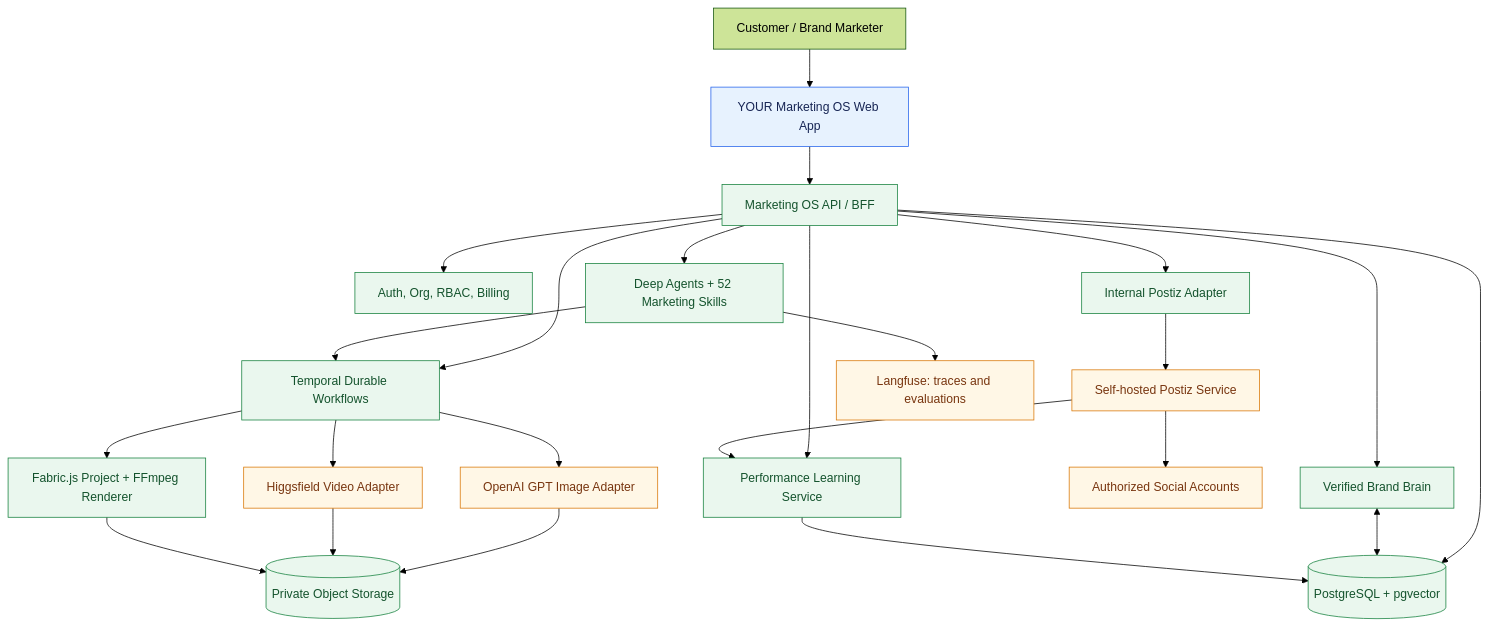
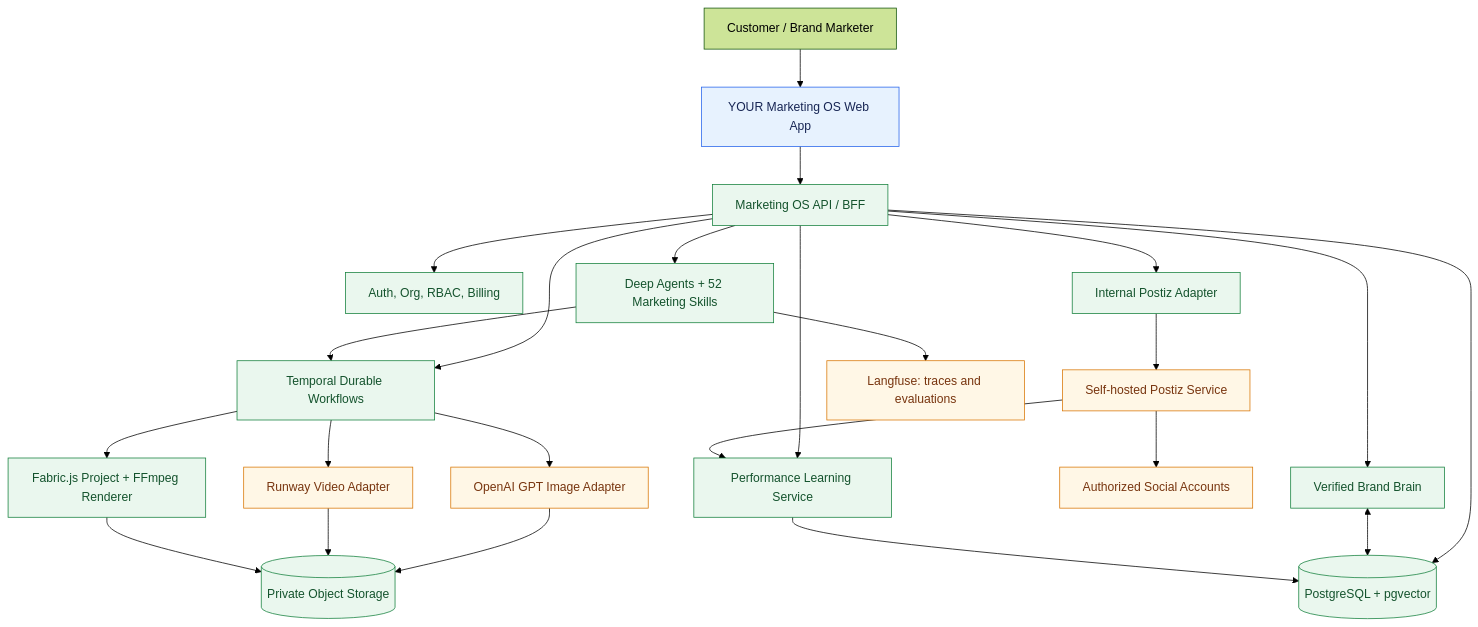
The first of 13 diagrams in ARCHITECTURE.md (fxunlockdev/Marketingdev), drawn with Mermaid (forest theme) before and after one commit. The commit also changed other lines of this file and 33 other files, not shown here.

````diff
--- a/ARCHITECTURE.md
+++ b/ARCHITECTURE.md
@@ -26,31 +26,31 @@
 ```mermaid
 flowchart TB
   user[Customer / Brand Marketer] --> ui[YOUR Marketing OS Web App]
   ui --> api[Marketing OS API / BFF]
   api --> auth[Auth, Org, RBAC, Billing]
   api --> brand[Verified Brand Brain]
   api --> agent[Deep Agents + 52 Marketing Skills]
   api --> job[Temporal Durable Workflows]
   agent --> job
   job --> img[OpenAI GPT Image Adapter]
-  job --> vid[Higgsfield Video Adapter]
+  job --> vid[Runway Video Adapter]
   job --> render[Fabric.js Project + FFmpeg Renderer]
   api --> pub[Internal Postiz Adapter]
   pub --> postiz[Self-hosted Postiz Service]
   postiz --> social[Authorized Social Accounts]
   img --> store[(Private Object Storage)]
   vid --> store
   render --> store
   api --> data[(PostgreSQL + pgvector)]
   brand <--> data
   api --> learn[Performance Learning Service]
   learn --> data
   postiz --> learn
   agent --> eval[Langfuse: traces and evaluations]
   classDef customer fill:#e7f2fe,stroke:#2563eb,color:#172554;
   classDef owned fill:#eaf7ee,stroke:#15803d,color:#14532d;
   classDef external fill:#fff7e6,stroke:#d97706,color:#78350f;
   class ui customer;
   class api,auth,brand,agent,job,render,pub,learn,data,store owned;
   class img,vid,postiz,social,eval external;
 ```
````
